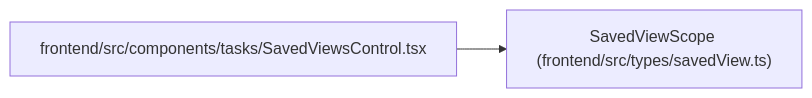
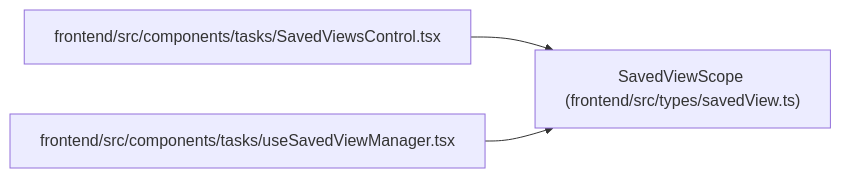
The diagram in docs/llm_wiki/entities/savedView_SavedViewScope.md (Denissvgn/WorkChord), drawn with Mermaid before and after one commit. The commit also changed other lines of this file and 2373 other files, not shown here.

````diff
--- a/docs/llm_wiki/entities/savedView_SavedViewScope.md
+++ b/docs/llm_wiki/entities/savedView_SavedViewScope.md
@@ -28,8 +28,11 @@
 ```mermaid
 flowchart LR
     n0["SavedViewScope (frontend/src/types/savedView.ts)"]
     n1["frontend/src/components/tasks/SavedViewsControl.tsx"]
+    n2["frontend/src/components/tasks/useSavedViewManager.tsx"]
     n1 --> n0
+    n2 --> n0
     click n0 "../modules/savedView.md"
     click n1 "../modules/SavedViewsControl.md"
+    click n2 "../modules/useSavedViewManager.md"
 ```
````
